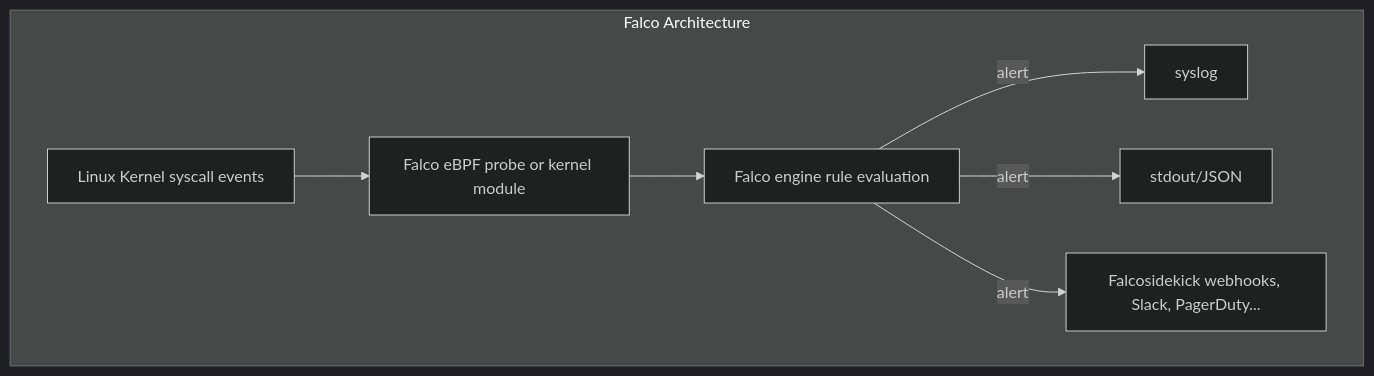
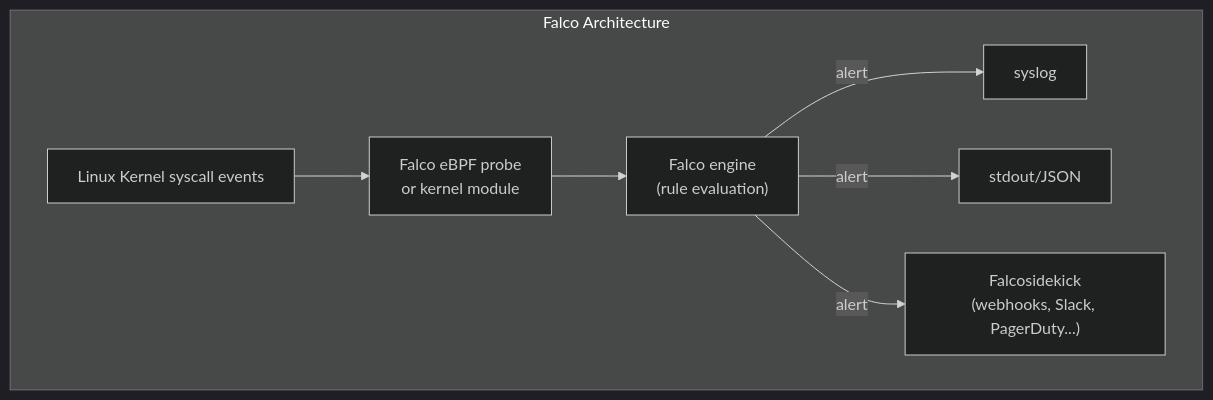
Before and after one commit to UncleJS/course_k3s: the sixth of 6 diagrams in 09_security/05_hardening_guide.md, drawn with Mermaid (dark theme). The commit also changed other lines of this file and 45 other files, not shown here.

First line of the commit message:
Expand all course lessons: Mermaid diagrams + rich prose across 43 files

````diff
--- a/09_security/05_hardening_guide.md
+++ b/09_security/05_hardening_guide.md
@@ -588,10 +635,17 @@
 ```mermaid
-graph TD
+flowchart TD
     subgraph "Falco Architecture"
-        SC[Linux Kernel syscall events] --> PROBE[Falco eBPF probe or kernel module]
-        PROBE --> FALCO[Falco engine rule evaluation]
-        FALCO -->|alert| SYSLOG[syslog]
-        FALCO -->|alert| STDOUT[stdout/JSON]
-        FALCO -->|alert| FALCOSIDEKICK[Falcosidekick webhooks, Slack, PagerDuty...]
+        SC["Linux Kernel syscall events"]
+        PROBE["Falco eBPF probe<br/>or kernel module"]
+        FALCO["Falco engine<br/>(rule evaluation)"]
+        SYSLOG["syslog"]
+        STDOUT["stdout/JSON"]
+        FALCOSIDEKICK["Falcosidekick<br/>(webhooks, Slack, PagerDuty...)"]
+
+        SC --> PROBE
+        PROBE --> FALCO
+        FALCO -->|"alert"| SYSLOG
+        FALCO -->|"alert"| STDOUT
+        FALCO -->|"alert"| FALCOSIDEKICK
     end
 ```
````
